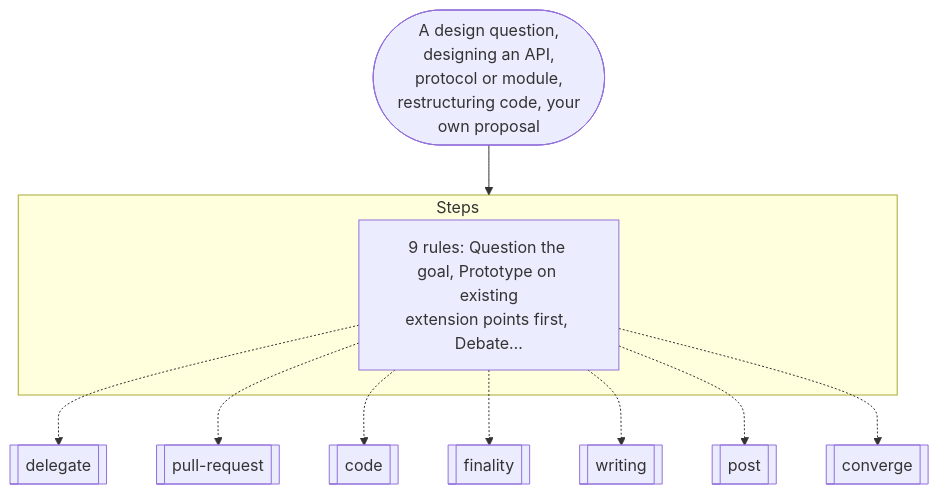
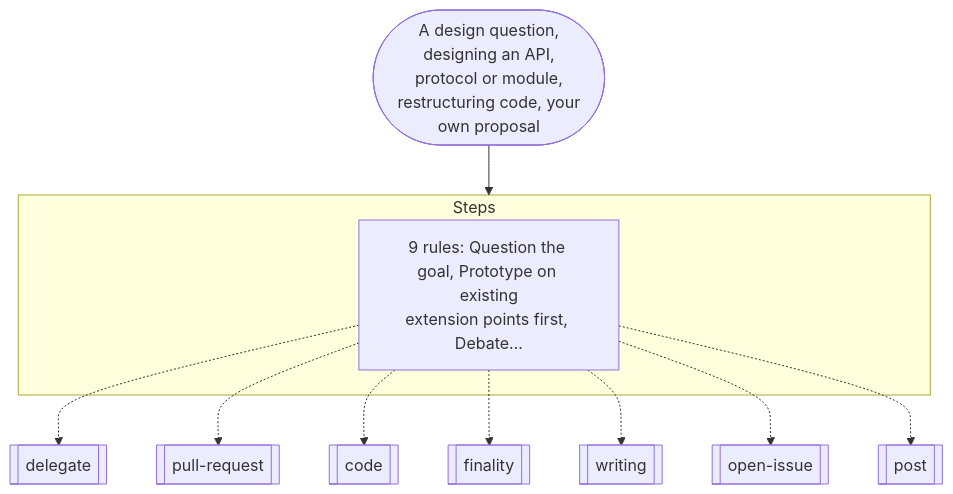
Before and after one commit to nitedani/mergeworthy: the fourth of 19 diagrams in docs/graphs.md, drawn with Mermaid. The commit also changed other lines of this file and 23 other files, not shown here.

````diff
--- a/docs/graphs.md
+++ b/docs/graphs.md
@@ -116,15 +116,15 @@
 ```mermaid
 flowchart TB
   start(["A design question,<br/>designing an API,<br/>protocol or module,<br/>restructuring code, your<br/>own proposal"])
   subgraph g0["Steps"]
     s0["9 rules: Question the goal, Prototype on existing<br/>extension points first, Debate…"]
   end
   s0 -.-> r1[["delegate"]]
   s0 -.-> r2[["pull-request"]]
   s0 -.-> r3[["code"]]
   s0 -.-> r4[["finality"]]
   s0 -.-> r5[["writing"]]
-  s0 -.-> r6[["post"]]
-  s0 -.-> r7[["converge"]]
+  s0 -.-> r6[["open-issue"]]
+  s0 -.-> r7[["post"]]
   start --> g0
 ```
````
